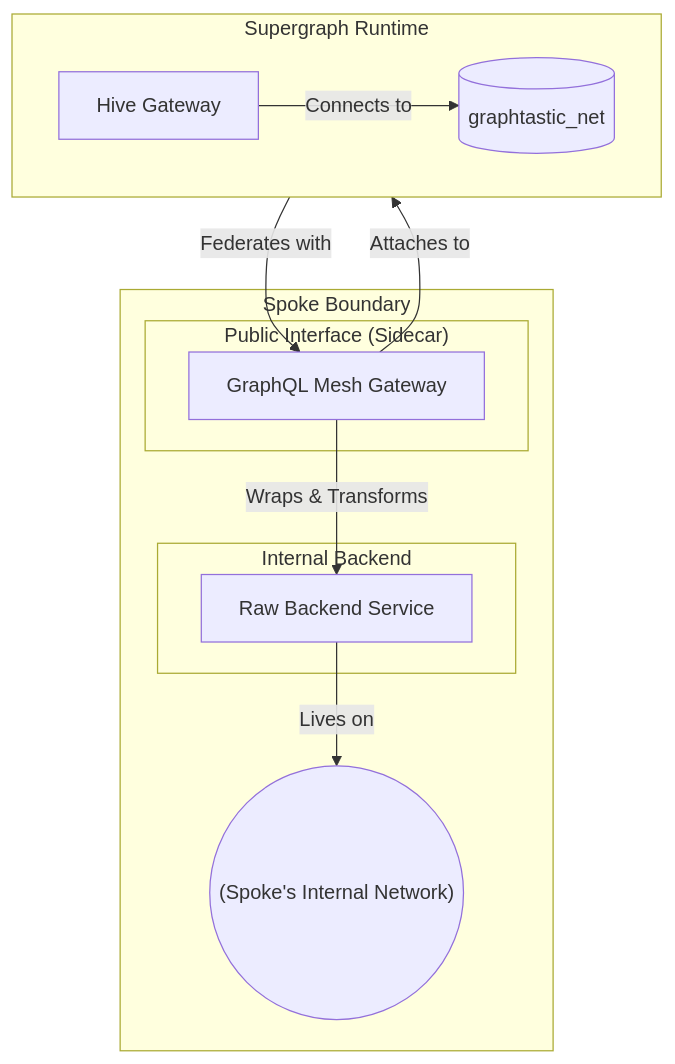
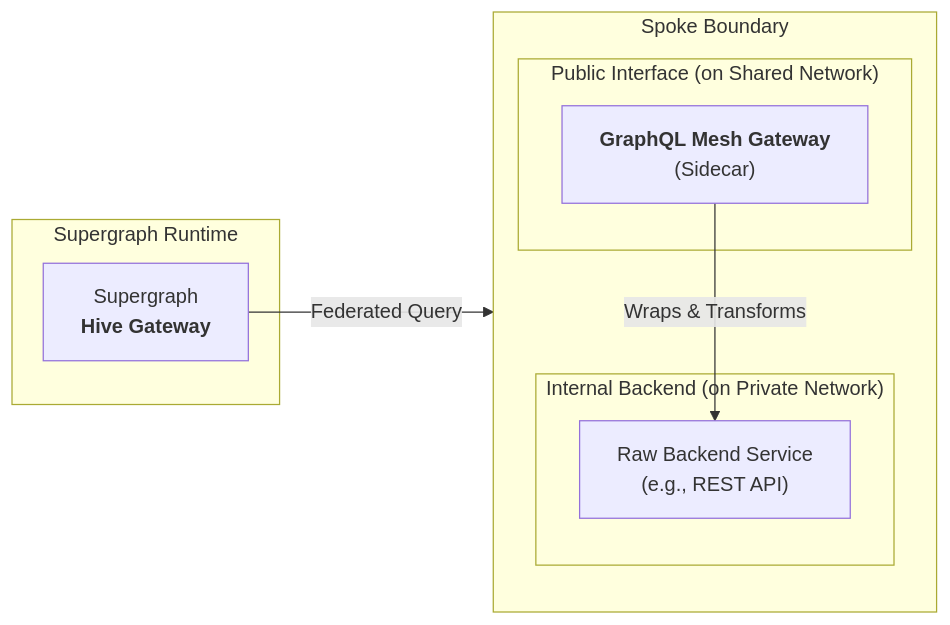
The third of 3 diagrams in README.md (graphtastic/platform), drawn with Mermaid before and after one commit. The commit also changed other lines of this file, not shown here.

Commit message:
docs: fixed diagrams in readme.md

````diff
--- a/README.md
+++ b/README.md
@@ -75,27 +62,21 @@
 ```mermaid
-graph TD
-    subgraph "Supergraph Runtime"
-        direction LR
-        SupergraphGateway[Hive Gateway]
-        SharedNet[("graphtastic_net")]
-        SupergraphGateway -- "Connects to" --> SharedNet
+graph LR
+    subgraph Supergraph Runtime
+        SupergraphGateway["Supergraph<br/><b>Hive Gateway</b>"]
     end
 
     subgraph "Spoke Boundary"
-        InternalNet(("(Spoke's Internal Network)"))
-
-        subgraph "Public Interface (Sidecar)"
-            Mesh[GraphQL Mesh Gateway]
+        direction TB
+        subgraph "Public Interface (on Shared Network)"
+             Mesh["<b>GraphQL Mesh Gateway</b><br/>(Sidecar)"]
         end
 
-        subgraph "Internal Backend"
-            Backend[Raw Backend Service]
+        subgraph "Internal Backend (on Private Network)"
+            Backend["Raw Backend Service<br/>(e.g., REST API)"]
         end
 
-        Mesh -- "Attaches to" --> SharedNet
         Mesh -- "Wraps & Transforms" --> Backend
-        Backend -- "Lives on" --> InternalNet
     end
 
-    SupergraphGateway -- "Federates with" --> Mesh
+    SupergraphGateway -- "Federated Query" --> Mesh
 ```
````
